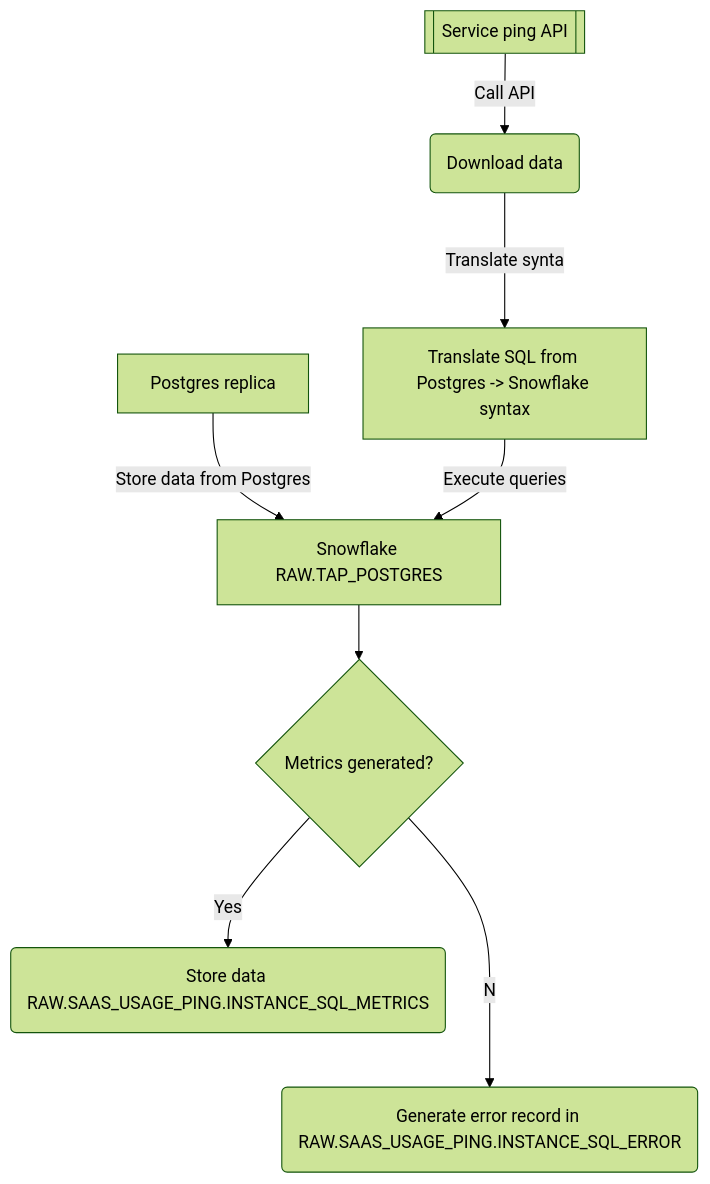
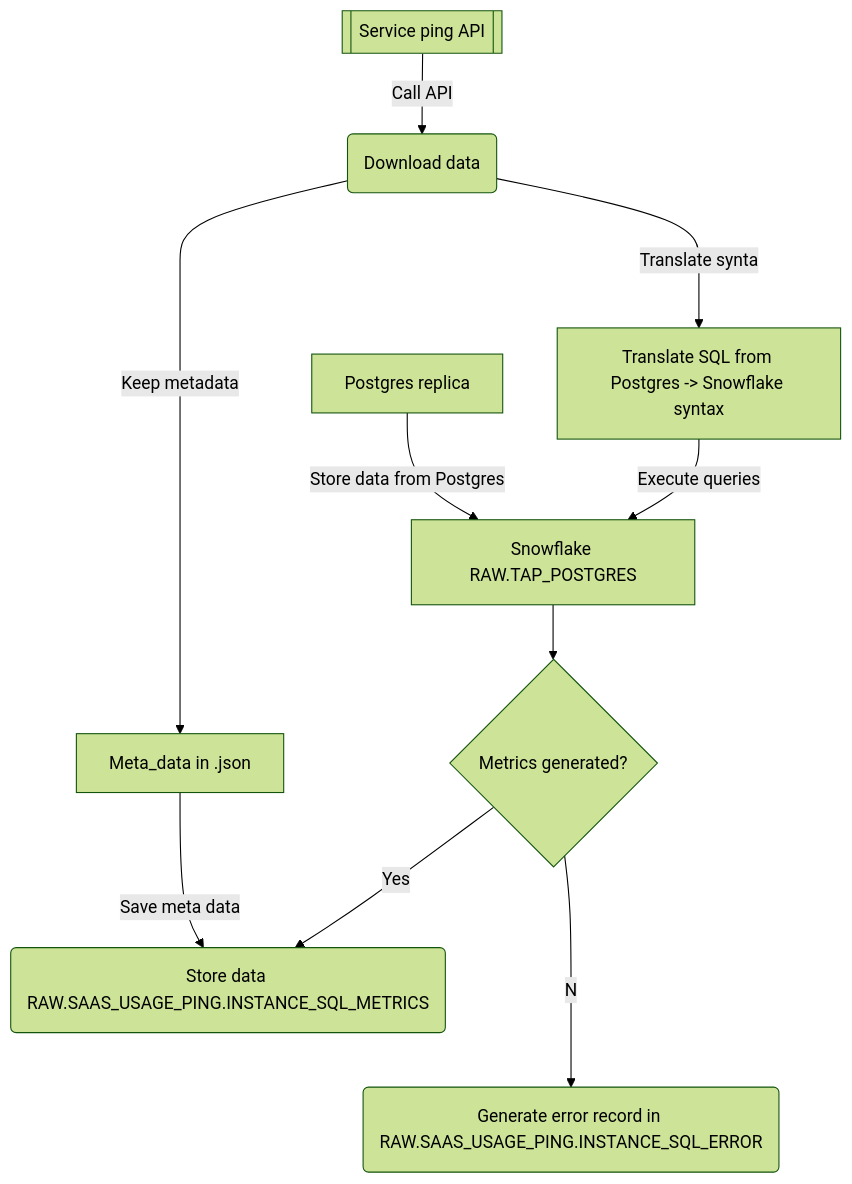
Before and after one commit to ktopcuoglu/gitlab-dbt-analytics: the first of 2 diagrams in extract/saas_usage_ping/README.md, drawn with Mermaid (forest theme). The commit also changed 2 other files, not shown here.

Commit message:
Code changed to support meta data.

````diff
--- a/extract/saas_usage_ping/README.md
+++ b/extract/saas_usage_ping/README.md
@@ -38,9 +38,11 @@
 ```mermaid
 graph TD;
   PGREP[Postgres replica]--Store data from Postgres-->SF_TP[Snowflake RAW.TAP_POSTGRES];
   SP_API[[Service ping API]]--Call API-->DNLD(Download data);
   DNLD--Translate syntax-->TR_SQL[Translate SQL from Postgres -> Snowflake syntax];
+  DNLD--Keep metadata-->MTD[Meta_data in .json];
+  MTD--Save meta data-->FIN_RAW;
   TR_SQL--Execute queries-->SF_TP;
   SF_TP-->ERROR_CHECK{Metrics generated?}--Yes-->FIN_RAW(Store data RAW.SAAS_USAGE_PING.INSTANCE_SQL_METRICS);
   ERROR_CHECK--No-->ERR(Generate error record in RAW.SAAS_USAGE_PING.INSTANCE_SQL_ERROR);
 ```
````
